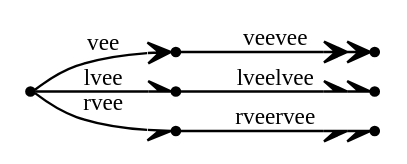
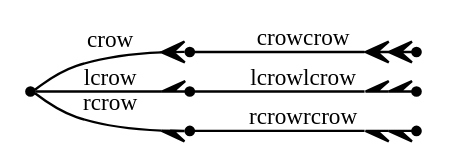
One commit to graphviz-perl/GraphViz2-Marpa-PathUtils changed the diagram in out/clusters.out.08.010.gv. Above: the diagram before and after it, drawn with Graphviz. The commit also changed 50 other files, not shown here.

```diff
--- a/out/clusters.out.08.010.gv
+++ b/out/clusters.out.08.010.gv
@@ -1,13 +1,13 @@
 digraph G
 {
 	graph[rankdir = "LR" nodesep = "0"]
 	node[shape = "point" label = ""]
 	edge[fontsize = "10"]
-	_vee -> vee[arrowhead = "vee" label = "vee"]
-	vee -> veevee[arrowhead = "veevee" label = "veevee"]
-	_vee -> lvee[arrowhead = "lvee" label = "lvee"]
-	lvee -> lveelvee[arrowhead = "lveelvee" label = "lveelvee"]
-	_vee -> rvee[arrowhead = "rvee" label = "rvee"]
-	rvee -> rveervee[arrowhead = "rveervee" label = "rveervee"]
+	_crow -> crow[arrowhead = "crow" label = "crow"]
+	crow -> crowcrow[arrowhead = "crowcrow" label = "crowcrow"]
+	_crow -> lcrow[arrowhead = "lcrow" label = "lcrow"]
+	lcrow -> lcrowlcrow[arrowhead = "lcrowlcrow" label = "lcrowlcrow"]
+	_crow -> rcrow[arrowhead = "rcrow" label = "rcrow"]
+	rcrow -> rcrowrcrow[arrowhead = "rcrowrcrow" label = "rcrowrcrow"]
 
 }
```
